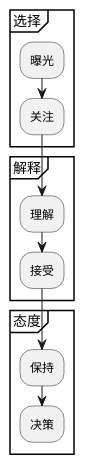
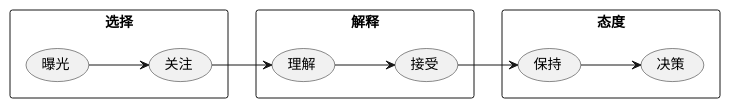
One commit to yixikkjkj/Hello-git changed the diagram in docs/计算广告介绍/广告有效性模型.puml. Above: the diagram before and after it, drawn with PlantUML. The commit also changed 1 other file, not shown here.

```diff
--- a/docs/计算广告介绍/广告有效性模型.puml
+++ b/docs/计算广告介绍/广告有效性模型.puml
@@ -1,14 +1,20 @@
 @startuml 广告有效性模型
-partition 选择 {
-  :曝光;
-  :关注;
+left to right direction
+rectangle 选择 {
+  usecase 曝光
+  usecase 关注
 }
-partition 解释 {
-  :理解;
-  :接受;
+rectangle 解释 {
+  usecase 理解
+  usecase 接受
 }
-partition 态度 {
-  :保持;
-  :决策;
+rectangle 态度 {
+  usecase 保持
+  usecase 决策
 }
+曝光 --> 关注
+关注 --> 理解
+理解 --> 接受
+接受 --> 保持
+保持 --> 决策
 @enduml
```
